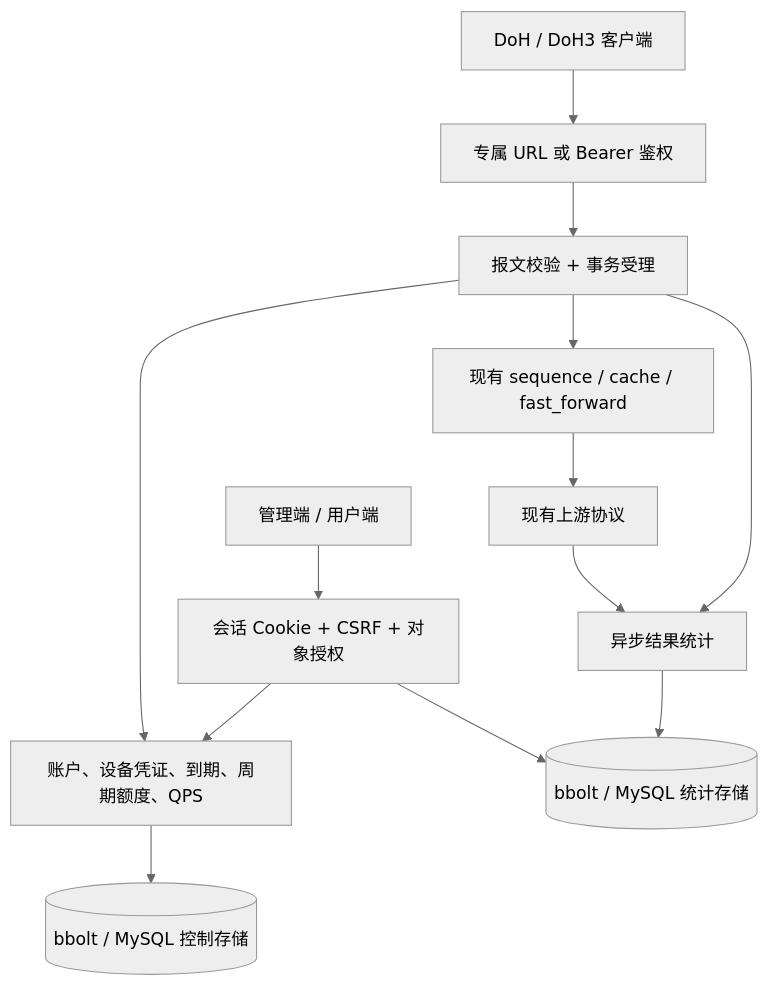
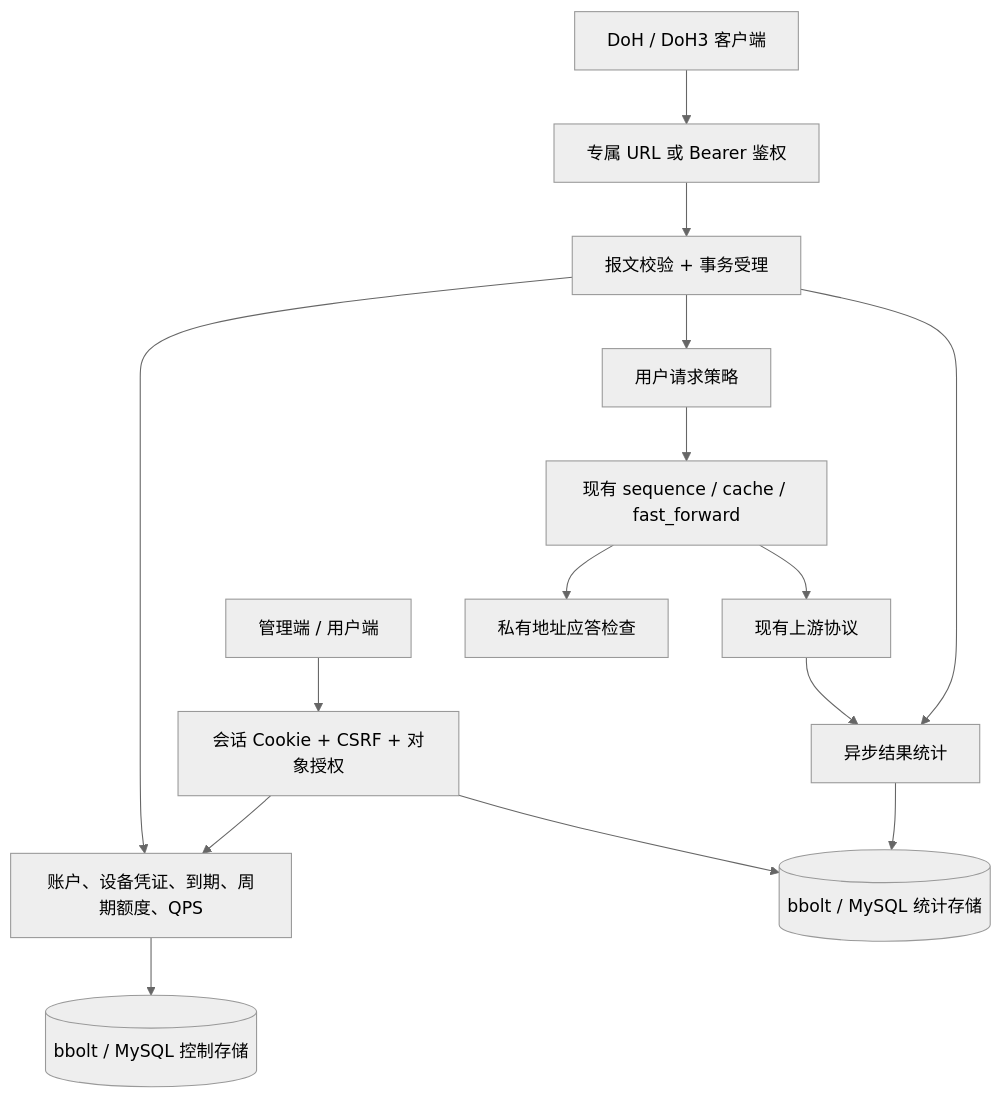
Before and after one commit to MiCat-S/mosdns-x: the diagram in docs/service-architecture.md, drawn with Mermaid (neutral theme). The commit also changed other lines of this file and 31 other files, not shown here.

````diff
--- a/docs/service-architecture.md
+++ b/docs/service-architecture.md
@@ -5,15 +5,17 @@
 ```mermaid
 flowchart TD
   Panel[管理端 / 用户端] --> API[会话 Cookie + CSRF + 对象授权]
   API --> Control[账户、设备凭证、到期、周期额度、QPS]
   Client[DoH / DoH3 客户端] --> Auth[专属 URL 或 Bearer 鉴权]
   Auth --> Entry[报文校验 + 事务受理]
   Entry --> Control
-  Entry --> Chain[现有 sequence / cache / fast_forward]
-  Chain --> Upstream[现有上游协议]
+	Entry --> Policy[用户请求策略]
+	Policy --> Chain[现有 sequence / cache / fast_forward]
+	Chain --> Upstream[现有上游协议]
+	Chain --> ResponsePolicy[私有地址应答检查]
   Entry --> Stats[异步结果统计]
   Upstream --> Stats
   Control --> DB[(bbolt / MySQL 控制存储)]
   Stats --> SDB[(bbolt / MySQL 统计存储)]
   API --> SDB
 ```
````
